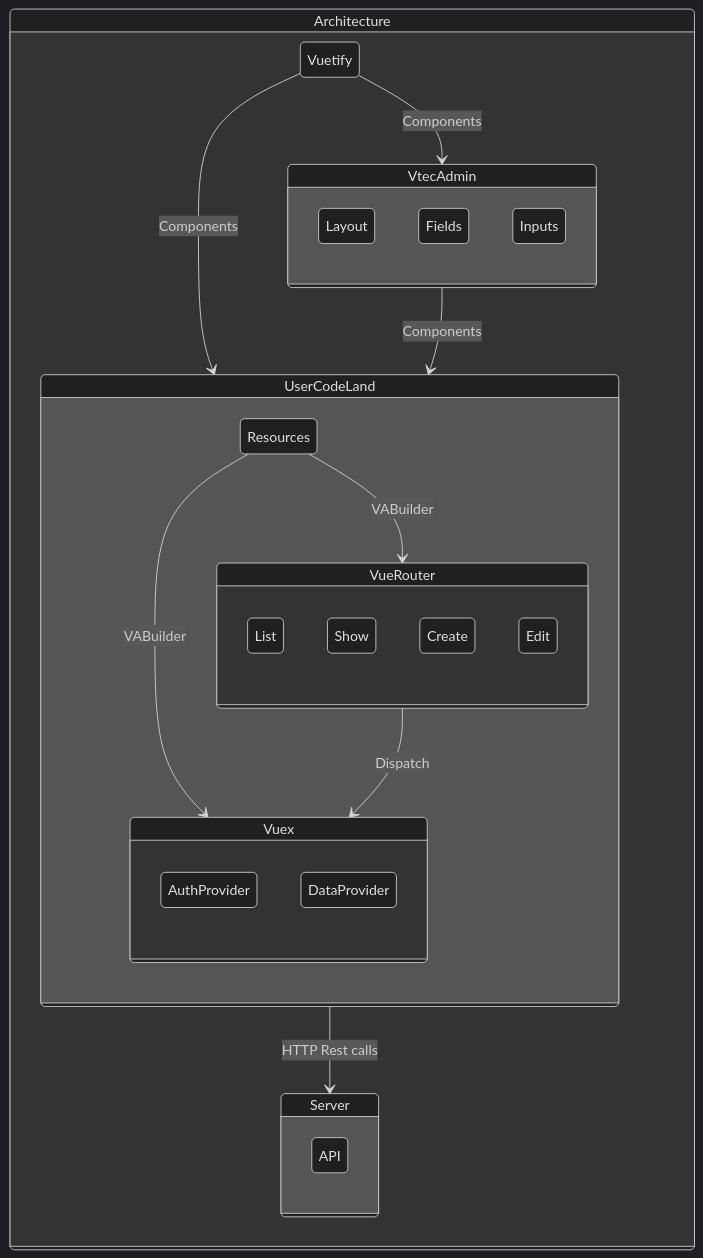
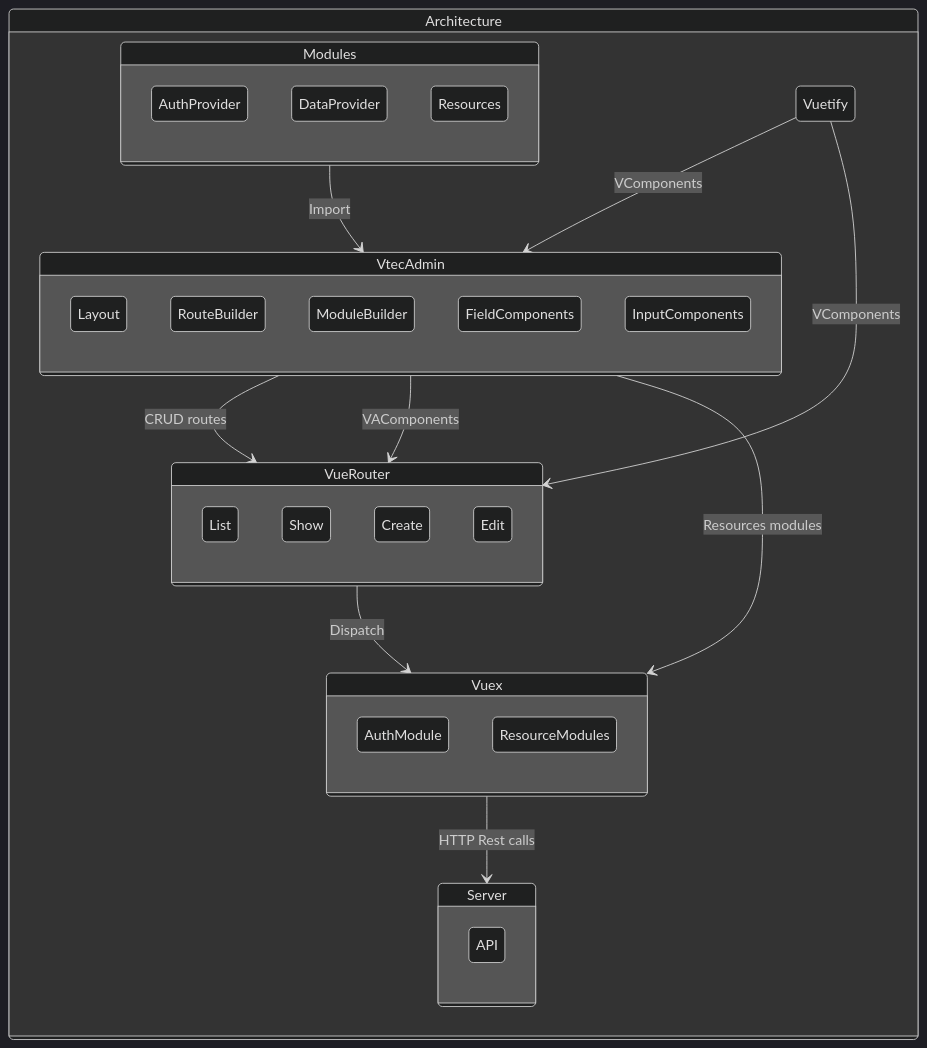
One commit to okami101/vuetify-admin changed the diagram in assets/diagrams/architecture.mmd. Above: the diagram before and after it, drawn with Mermaid (dark theme). The commit also changed 3 other files, not shown here.

```diff
--- a/assets/diagrams/architecture.mmd
+++ b/assets/diagrams/architecture.mmd
@@ -1,30 +1,36 @@
 stateDiagram
   state Architecture {
+    Modules --> VtecAdmin: Import
+    state Modules {
+      AuthProvider
+      DataProvider
+      Resources
+    }
     state VtecAdmin {
       Layout
-      Fields
-      Inputs
+      RouteBuilder
+      ModuleBuilder
+      FieldComponents
+      InputComponents
     }
-    Vuetify --> VtecAdmin: Components
-    Vuetify --> UserCodeLand: Components
-    VtecAdmin --> UserCodeLand: Components
-    state UserCodeLand {
-      Resources --> VueRouter: VABuilder
-      Resources --> Vuex: VABuilder
-      state VueRouter {
-        List
-        Show
-        Create
-        Edit
-      }
-      state Vuex {
-        AuthProvider
-        DataProvider
-      }
-      VueRouter --> Vuex: Dispatch
+    Vuetify --> VtecAdmin: VComponents
+    Vuetify --> VueRouter: VComponents
+    VtecAdmin --> VueRouter: CRUD routes
+    VtecAdmin --> VueRouter: VAComponents
+    VtecAdmin --> Vuex: Resources modules
+    state VueRouter {
+      List
+      Show
+      Create
+      Edit
     }
-    UserCodeLand --> Server: HTTP Rest calls
+    state Vuex {
+      AuthModule
+      ResourceModules
+    }
+    VueRouter --> Vuex: Dispatch
+    Vuex --> Server: HTTP Rest calls
     state Server {
       API
     }
   }
```
